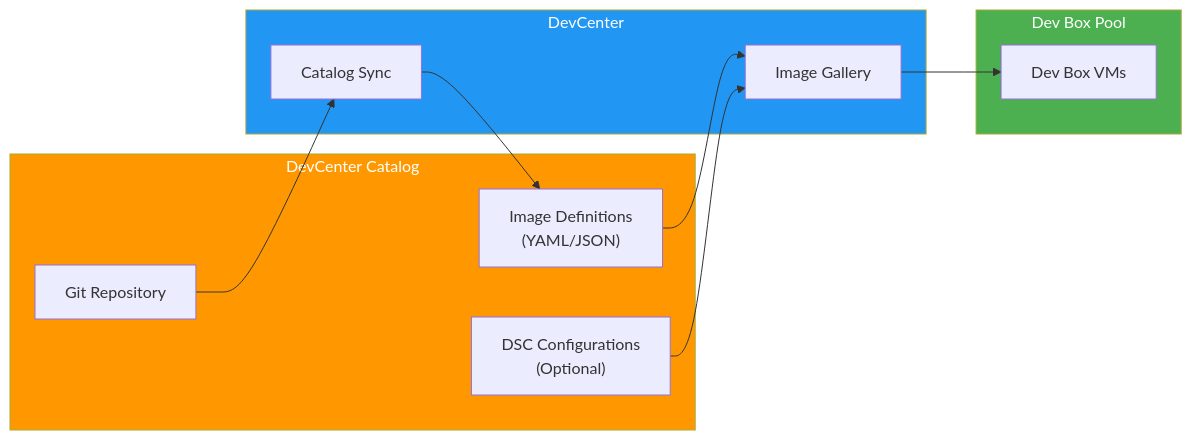
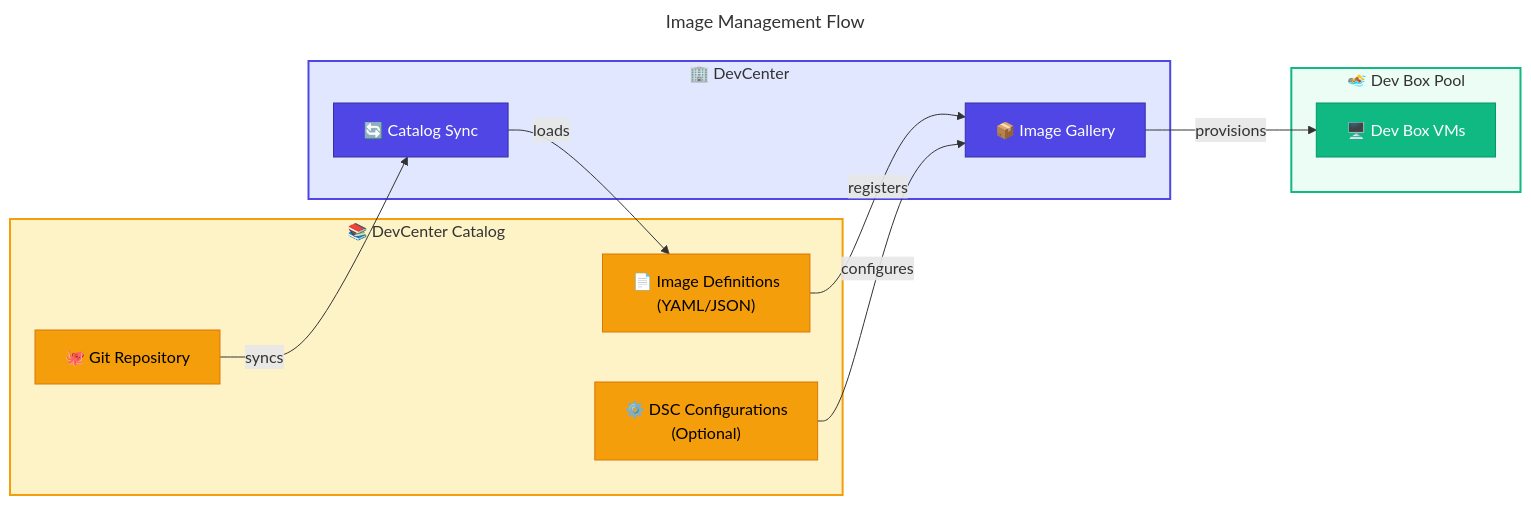
The sixth of 9 diagrams in docs/architecture/04-technology-architecture.md (Evilazaro/DevExp-DevBox), drawn with Mermaid before and after one commit. The commit also changed other lines of this file, not shown here.

Commit message:
Enhance documentation for network and Dev Box architecture by adding emojis, improving diagram styles, and refining connections for better clarity and navigation.

````diff
--- a/docs/architecture/04-technology-architecture.md
+++ b/docs/architecture/04-technology-architecture.md
@@ -504,27 +536,43 @@
 ```mermaid
+---
+title: Image Management Flow
+---
 flowchart LR
-    subgraph Catalog["DevCenter Catalog"]
-        GIT["Git Repository"]
-        IMG_DEF["Image Definitions\n(YAML/JSON)"]
-        DSC["DSC Configurations\n(Optional)"]
+    %% ===== CATALOG =====
+    subgraph Catalog["📚 DevCenter Catalog"]
+        GIT["🐙 Git Repository"]
+        IMG_DEF["📄 Image Definitions<br/>(YAML/JSON)"]
+        DSC["⚙️ DSC Configurations<br/>(Optional)"]
     end
     
-    subgraph DevCenter["DevCenter"]
-        CAT["Catalog Sync"]
-        IMG["Image Gallery"]
+    %% ===== DEVCENTER =====
+    subgraph DevCenter["🏢 DevCenter"]
+        CAT["🔄 Catalog Sync"]
+        IMG["📦 Image Gallery"]
     end
     
-    subgraph Pool["Dev Box Pool"]
-        VM["Dev Box VMs"]
+    %% ===== POOL =====
+    subgraph Pool["🏊 Dev Box Pool"]
+        VM["🖥️ Dev Box VMs"]
     end
     
-    GIT --> CAT
-    CAT --> IMG_DEF
-    IMG_DEF --> IMG
-    IMG --> VM
-    DSC --> IMG
+    %% ===== CONNECTIONS =====
+    GIT -->|syncs| CAT
+    CAT -->|loads| IMG_DEF
+    IMG_DEF -->|registers| IMG
+    IMG -->|provisions| VM
+    DSC -->|configures| IMG
     
-    style Catalog fill:#FF9800,color:#fff
-    style DevCenter fill:#2196F3,color:#fff
-    style Pool fill:#4CAF50,color:#fff
+    %% ===== STYLES =====
+    classDef datastore fill:#F59E0B,stroke:#D97706,color:#000000
+    classDef primary fill:#4F46E5,stroke:#3730A3,color:#FFFFFF
+    classDef secondary fill:#10B981,stroke:#059669,color:#FFFFFF
+    
+    class GIT,IMG_DEF,DSC datastore
+    class CAT,IMG primary
+    class VM secondary
+    
+    style Catalog fill:#FEF3C7,stroke:#F59E0B,stroke-width:2px
+    style DevCenter fill:#E0E7FF,stroke:#4F46E5,stroke-width:2px
+    style Pool fill:#ECFDF5,stroke:#10B981,stroke-width:2px
 ```
````
